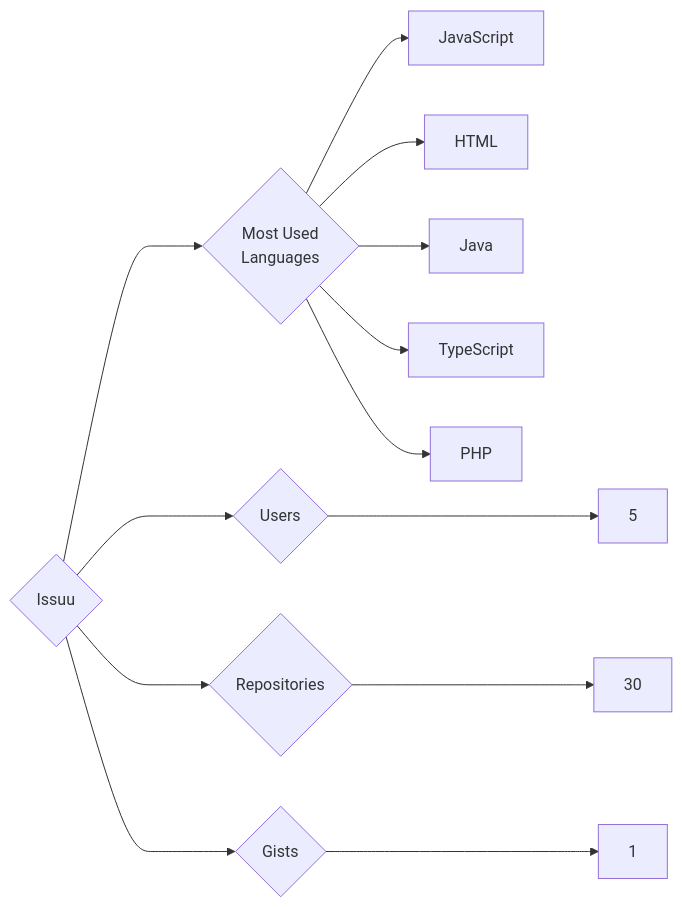
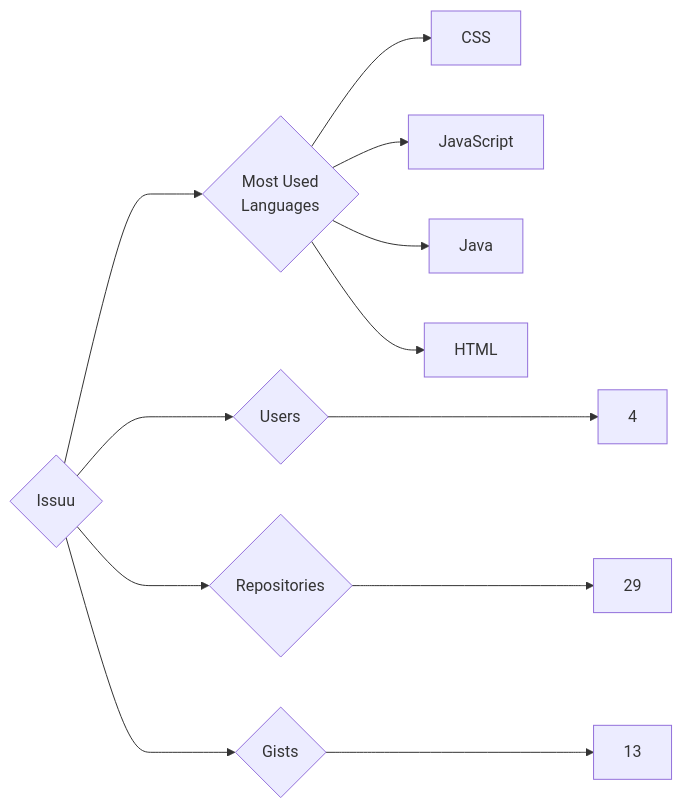
Before and after one commit to trickest/insiders: the diagram in targets/Issuu/README.md, drawn with Mermaid. The commit also changed 997 other files, not shown here.

````diff
--- a/targets/Issuu/README.md
+++ b/targets/Issuu/README.md
@@ -3,13 +3,12 @@
 ```mermaid
 graph LR
 COMPANY_NAME{Issuu}
-COMPANY_NAME ---> U{Users} ---> UN[5]
-COMPANY_NAME ---> R{Repositories} ---> RN[30]
-COMPANY_NAME ---> G{Gists} ---> GN[1]
+COMPANY_NAME ---> U{Users} ---> UN[4]
+COMPANY_NAME ---> R{Repositories} ---> RN[29]
+COMPANY_NAME ---> G{Gists} ---> GN[13]
 COMPANY_NAME ---> ML{Most Used<br>Languages}
+ML --> CSS[CSS]
 ML --> JavaScript[JavaScript]
+ML --> Java[Java]
 ML --> HTML[HTML]
-ML --> Java[Java]
-ML --> TypeScript[TypeScript]
-ML --> PHP[PHP]
 ```
````
